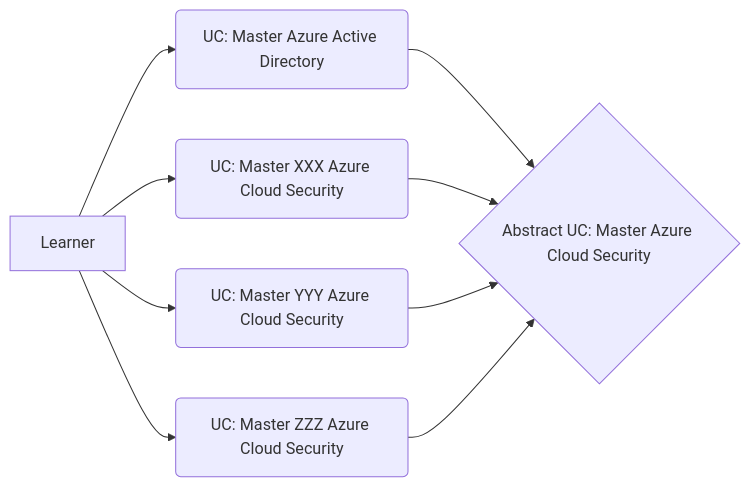
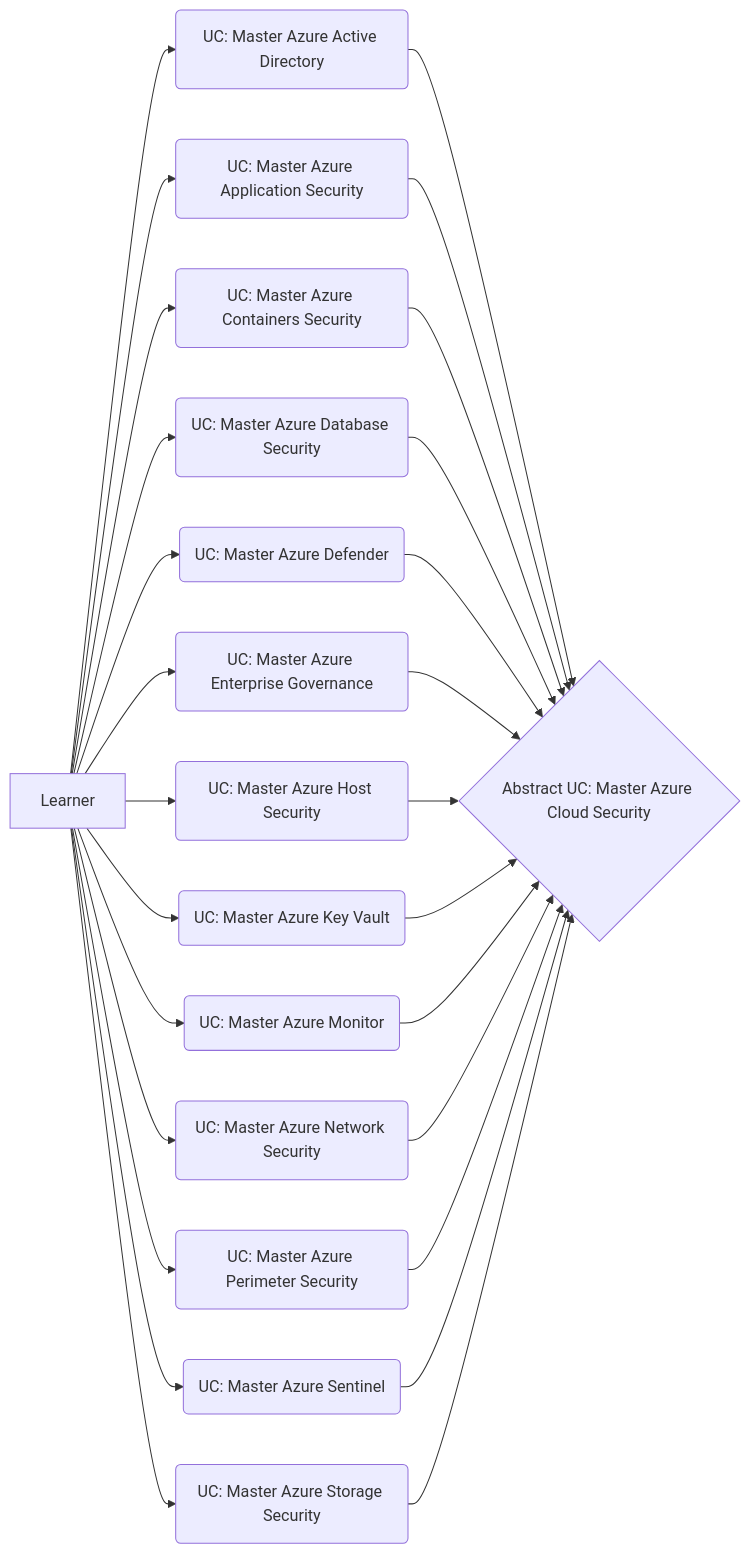
Before and after one commit to vanHeemstraSystems/learning-azure-cloud-security-use-cases: the diagram in index.qmd, drawn with Mermaid.

````diff
--- a/index.qmd
+++ b/index.qmd
@@ -11,11 +11,29 @@
 ```{mermaid}
 flowchart LR
   A[Learner] --> B(UC: Master Azure Active Directory)
-  A[Learner] --> C(UC: Master XXX Azure Cloud Security)
-  A[Learner] --> D(UC: Master YYY Azure Cloud Security)
-  A[Learner] --> E(UC: Master ZZZ Azure Cloud Security)  
-  B --> F{Abstract UC: Master Azure Cloud Security}
-  C --> F{Abstract UC: Master Azure Cloud Security}
-  D --> F{Abstract UC: Master Azure Cloud Security}
-  E --> F{Abstract UC: Master Azure Cloud Security}
+  A[Learner] --> C(UC: Master Azure Application Security)
+  A[Learner] --> D(UC: Master Azure Containers Security)
+  A[Learner] --> E(UC: Master Azure Database Security)
+  A[Learner] --> F(UC: Master Azure Defender)
+  A[Learner] --> G(UC: Master Azure Enterprise Governance)
+  A[Learner] --> H(UC: Master Azure Host Security)
+  A[Learner] --> I(UC: Master Azure Key Vault)
+  A[Learner] --> J(UC: Master Azure Monitor)
+  A[Learner] --> K(UC: Master Azure Network Security)
+  A[Learner] --> L(UC: Master Azure Perimeter Security)
+  A[Learner] --> M(UC: Master Azure Sentinel)
+  A[Learner] --> N(UC: Master Azure Storage Security)
+  B --> O{Abstract UC: Master Azure Cloud Security}
+  C --> O{Abstract UC: Master Azure Cloud Security}
+  D --> O{Abstract UC: Master Azure Cloud Security}
+  E --> O{Abstract UC: Master Azure Cloud Security}
+  F --> O{Abstract UC: Master Azure Cloud Security}
+  G --> O{Abstract UC: Master Azure Cloud Security}
+  H --> O{Abstract UC: Master Azure Cloud Security}
+  I --> O{Abstract UC: Master Azure Cloud Security}
+  J --> O{Abstract UC: Master Azure Cloud Security}
+  K --> O{Abstract UC: Master Azure Cloud Security}
+  L --> O{Abstract UC: Master Azure Cloud Security}
+  M --> O{Abstract UC: Master Azure Cloud Security}
+  N --> O{Abstract UC: Master Azure Cloud Security}
 ```
````
